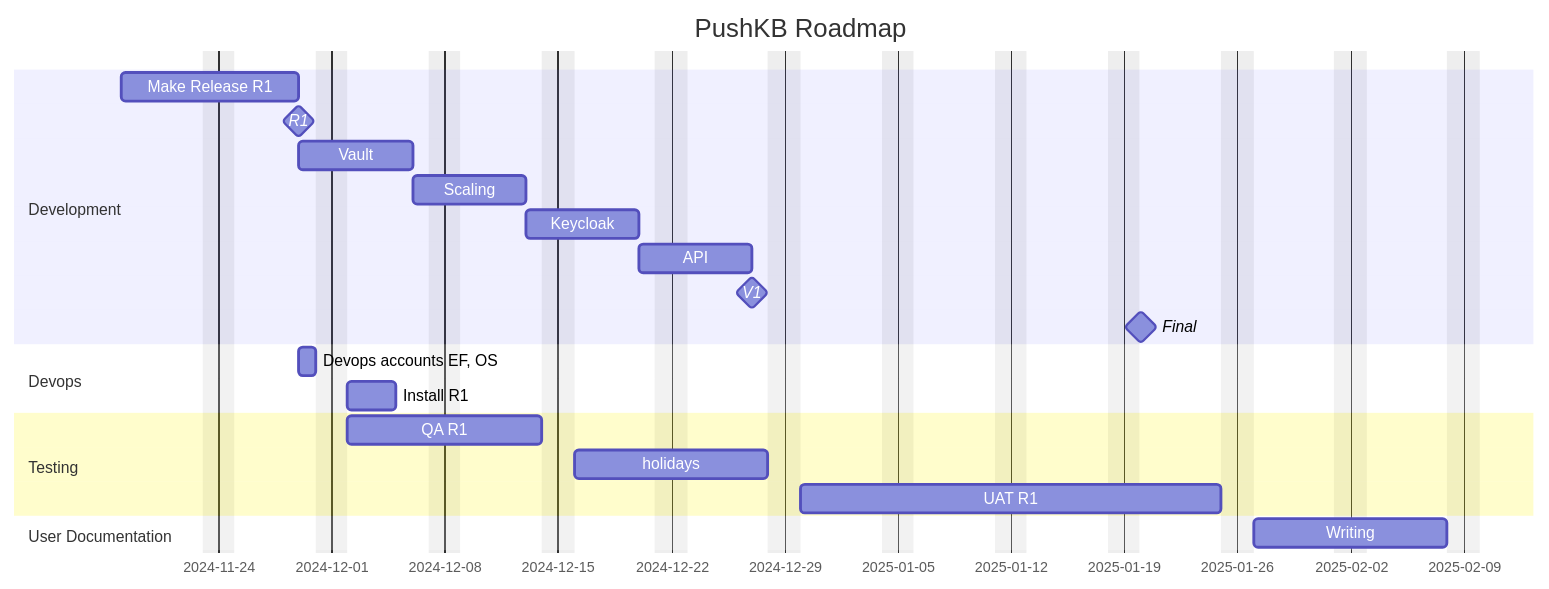
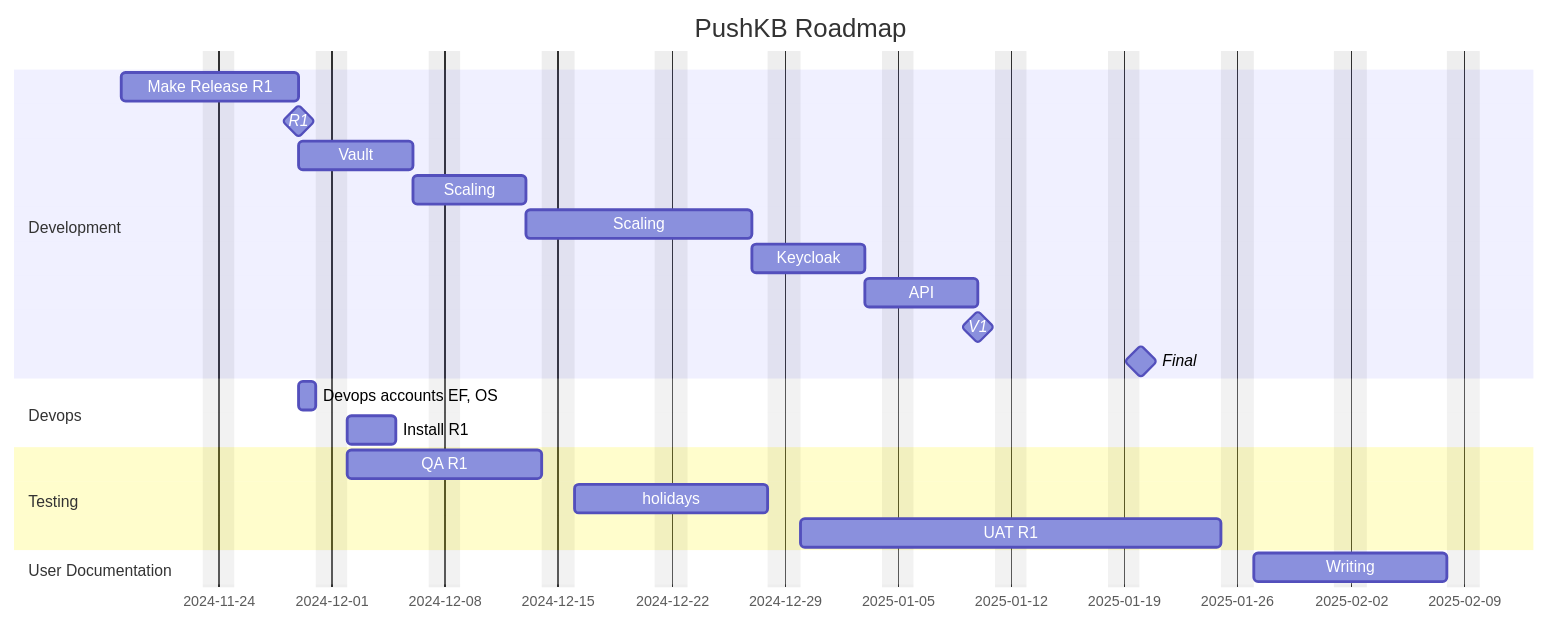
One commit to julianladisch/pushkb changed the diagram in docs/roadmap.md. Above: the diagram before and after it, drawn with Mermaid.

````diff
--- a/docs/roadmap.md
+++ b/docs/roadmap.md
@@ -3,29 +3,30 @@
 ```mermaid
 gantt
     title PushKB Roadmap
     dateFormat  YYYY-MM-DD
     excludes    weekends
 
     section Development
     Make Release R1                  :t3-0, 2024-11-18, 9d
     R1                               :milestone, after t3-0, 0d
     Vault                            :t3-1, after t3-0, 5d
     Scaling                          :t3-2, after t3-1, 5d
-    Keycloak                         :t3-3, after t3-2, 5d
+    Scaling                          :thols1, after t3-2, 10d
+    Keycloak                         :t3-3, after thols1, 5d
     API                              :t3-4, after t3-3, 5d
 		V1                               :milestone, after t3-4, 0d
 		Final                            :milestone, 2025-01-20, 0d
 
     section Devops
     Devops accounts EF, OS           :t4-1, after t3-0, 1d
     Install R1                       :t4-2, after t4-1, 3d
 
     section Testing
     QA R1                            :t5-1, after t4-1, 10d
     holidays                         :t5-2, after t5-1, 10d
     UAT R1                           :t5-3, after t5-2, 20d
 
     section User Documentation
     Writing                          :t6-1, after t5-3, 10d
 
 ```
````
